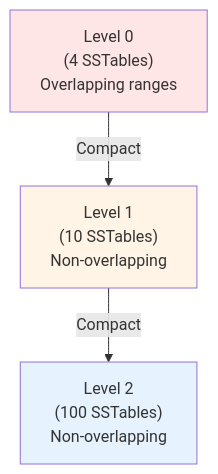
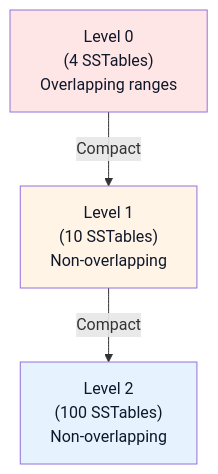
The fourth of 5 diagrams in topics/computing/data/database_internals/lesson_03_deep_dive_and_concurrency.md (blebleblee/synapse), drawn with Mermaid before and after one commit. The commit also changed other lines of this file and 1464 other files, not shown here.

Commit message:
feat(release): curriculum vector mermaid upgrade, render hardening, and master synpack

````diff
--- a/topics/computing/data/database_internals/lesson_03_deep_dive_and_concurrency.md
+++ b/topics/computing/data/database_internals/lesson_03_deep_dive_and_concurrency.md
@@ -371,13 +371,13 @@
 ```mermaid
 graph TD
     L0["Level 0<br/>(4 SSTables)<br/>Overlapping ranges"]
     L1["Level 1<br/>(10 SSTables)<br/>Non-overlapping"]
     L2["Level 2<br/>(100 SSTables)<br/>Non-overlapping"]
     
     L0 -->|Compact| L1
     L1 -->|Compact| L2
     
-    style L0 fill:#ffe6e6
-    style L1 fill:#fff4e6
-    style L2 fill:#e6f3ff
+    style L0 fill:#ffe6e6,color:#0f172a
+    style L1 fill:#fff4e6,color:#0f172a
+    style L2 fill:#e6f3ff,color:#0f172a
 ```
````
